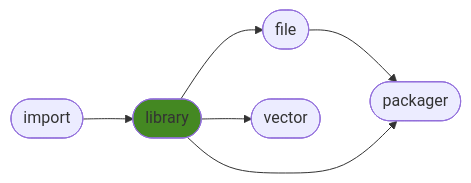
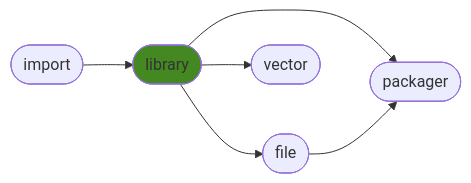
One commit to ManderaGeneral/generallibrary changed the diagram in README.md. Above: the diagram before and after it, drawn with Mermaid. The commit also changed other lines of this file, not shown here.

````diff
--- a/README.md
+++ b/README.md
@@ -16,14 +16,14 @@
 ```mermaid
 flowchart LR
+1([library]) --> 4([packager])
+1([library]) --> 3([vector])
 2([file]) --> 4([packager])
-1([library]) --> 3([vector])
+0([import]) --> 1([library])
 1([library]) --> 2([file])
-1([library]) --> 4([packager])
-0([import]) --> 1([library])
 click 0 "https://github.com/ManderaGeneral/generalimport"
 click 1 "https://github.com/ManderaGeneral/generallibrary"
 click 2 "https://github.com/ManderaGeneral/generalfile"
 click 3 "https://github.com/ManderaGeneral/generalvector"
 click 4 "https://github.com/ManderaGeneral/generalpackager"
 style 1 fill:#482
 ```
````
